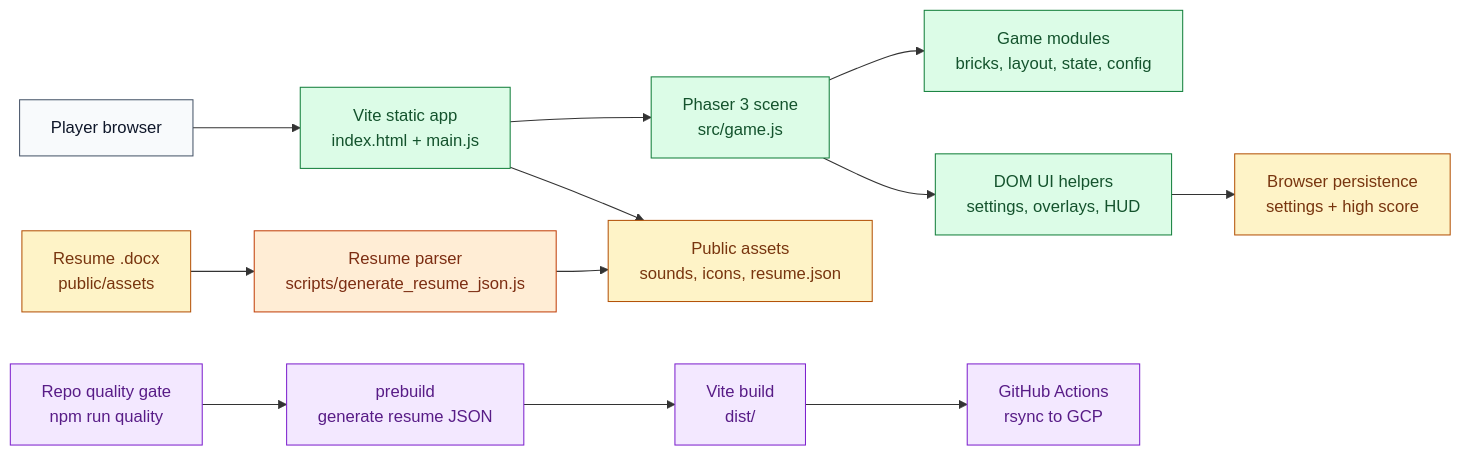
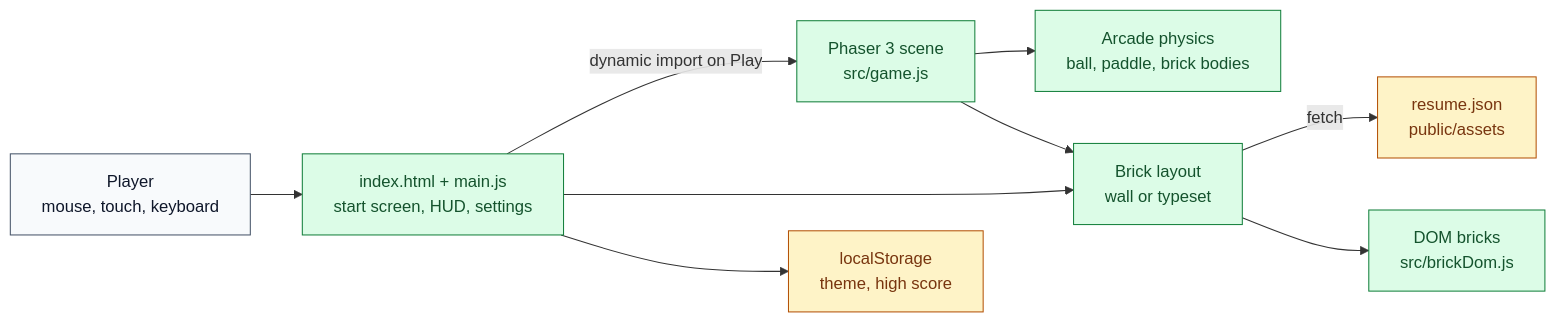
Before and after one commit to natezimm/brick-breaker-resume: the second of 4 diagrams in docs/architecture.md, drawn with Mermaid. The commit also changed other lines of this file and 5 other files, not shown here.

First line of the commit message:
Rewrite the README for visitors and redraw the architecture diagrams

````diff
--- a/docs/architecture.md
+++ b/docs/architecture.md
@@ -9,28 +29,18 @@
 ```mermaid
 flowchart LR
-  Player["Player browser"] --> Static["Vite static app<br/>index.html + main.js"]
-  Static --> Phaser["Phaser 3 scene<br/>src/game.js"]
-  Phaser --> Rules["Game modules<br/>bricks, layout, state, config"]
-  Phaser --> UI["DOM UI helpers<br/>settings, overlays, HUD"]
-  UI --> BrowserState["Browser persistence<br/>settings + high score"]
-  Static --> Assets["Public assets<br/>sounds, icons, resume.json"]
-  ResumeDoc["Resume .docx<br/>public/assets"] --> Generator["Resume parser<br/>scripts/generate_resume_json.js"]
-  Generator --> Assets
-  Repo["Repo quality gate<br/>npm run quality"] --> Prebuild["prebuild<br/>generate resume JSON"]
-  Prebuild --> Build["Vite build<br/>dist/"]
-  Build --> Deploy["GitHub Actions<br/>rsync to GCP"]
+  Player["Player<br/>mouse, touch, keyboard"] --> Page["index.html + main.js<br/>start screen, HUD, settings"]
+  Page -->|"dynamic import on Play"| Phaser["Phaser 3 scene<br/>src/game.js"]
+  Phaser --> Physics["Arcade physics<br/>ball, paddle, brick bodies"]
+  Page --> Layout["Brick layout<br/>wall or typeset"]
+  Phaser --> Layout
+  Layout -->|"fetch"| Data["resume.json<br/>public/assets"]
+  Layout --> Bricks["DOM bricks<br/>src/brickDom.js"]
+  Page --> Storage["localStorage<br/>theme, high score"]
 
   classDef user fill:#f8fafc,stroke:#475569,color:#0f172a
-  classDef site fill:#e0f2fe,stroke:#0369a1,color:#0c4a6e
-  classDef server fill:#ffedd5,stroke:#c2410c,color:#7c2d12
-  classDef repo fill:#eef2ff,stroke:#4338ca,color:#312e81
   classDef client fill:#dcfce7,stroke:#15803d,color:#14532d
   classDef data fill:#fef3c7,stroke:#b45309,color:#78350f
-  classDef delivery fill:#f3e8ff,stroke:#7e22ce,color:#581c87
-  classDef external fill:#fee2e2,stroke:#b91c1c,color:#7f1d1d
   class Player user
-  class Static,Phaser,Rules,UI client
-  class Assets,BrowserState,ResumeDoc data
-  class Repo,Prebuild,Build,Deploy delivery
-  class Generator server
+  class Page,Phaser,Physics,Layout,Bricks client
+  class Data,Storage data
 ```
````
